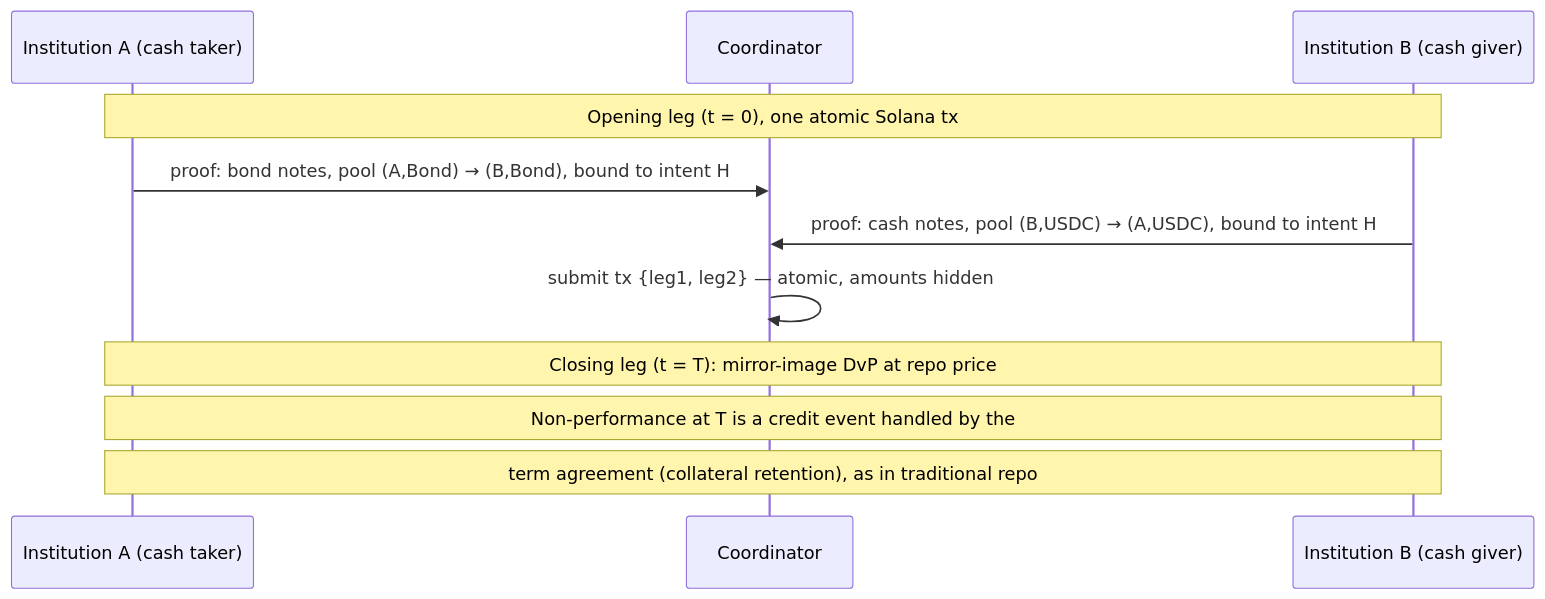
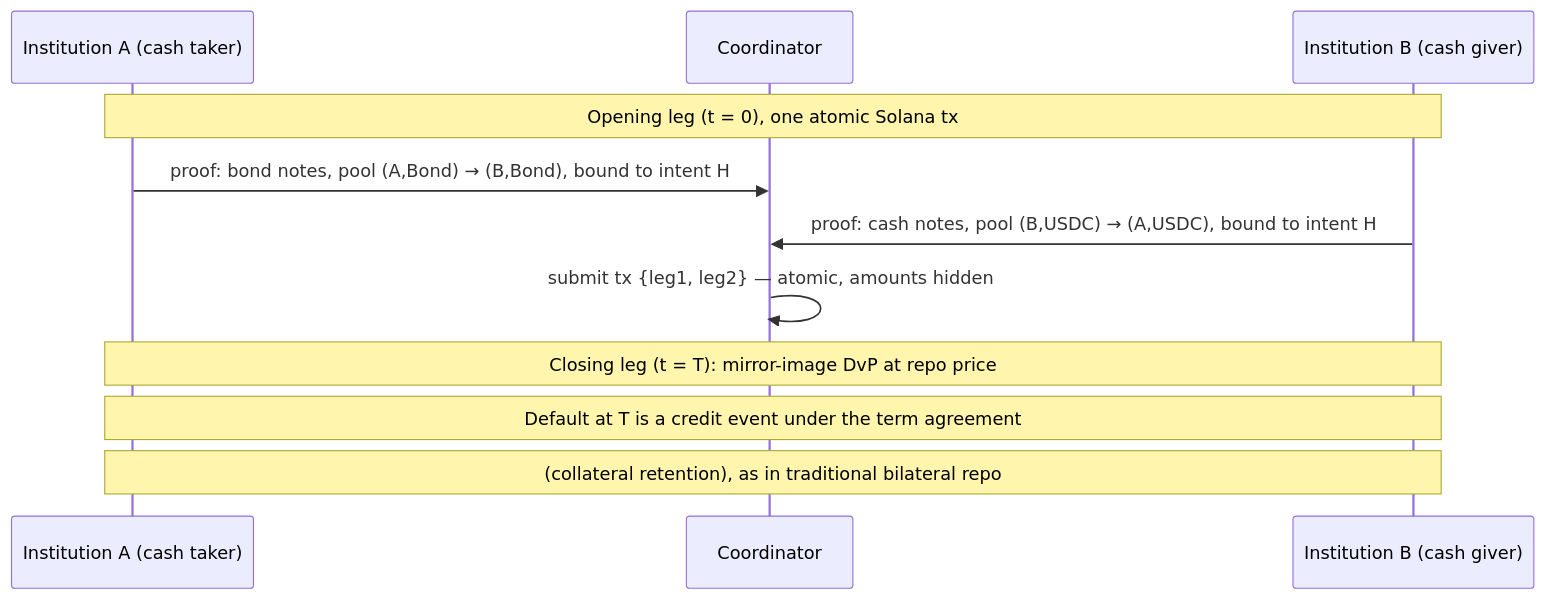
The second of 2 diagrams in high_level_design.md (zz-sol/zelana), drawn with Mermaid before and after one commit. The commit also changed other lines of this file and 2 other files, not shown here.

````diff
--- a/high_level_design.md
+++ b/high_level_design.md
@@ -234,14 +209,14 @@
 ```mermaid
 sequenceDiagram
     participant A as Institution A (cash taker)
     participant C as Coordinator
     participant B as Institution B (cash giver)
 
     Note over A,B: Opening leg (t = 0), one atomic Solana tx
     A->>C: proof: bond notes, pool (A,Bond) → (B,Bond), bound to intent H
     B->>C: proof: cash notes, pool (B,USDC) → (A,USDC), bound to intent H
     C->>C: submit tx {leg1, leg2} — atomic, amounts hidden
     Note over A,B: Closing leg (t = T): mirror-image DvP at repo price
-    Note over A,B: Non-performance at T is a credit event handled by the
-    Note over A,B: term agreement (collateral retention), as in traditional repo
+    Note over A,B: Default at T is a credit event under the term agreement
+    Note over A,B: (collateral retention), as in traditional bilateral repo
 ```
````
